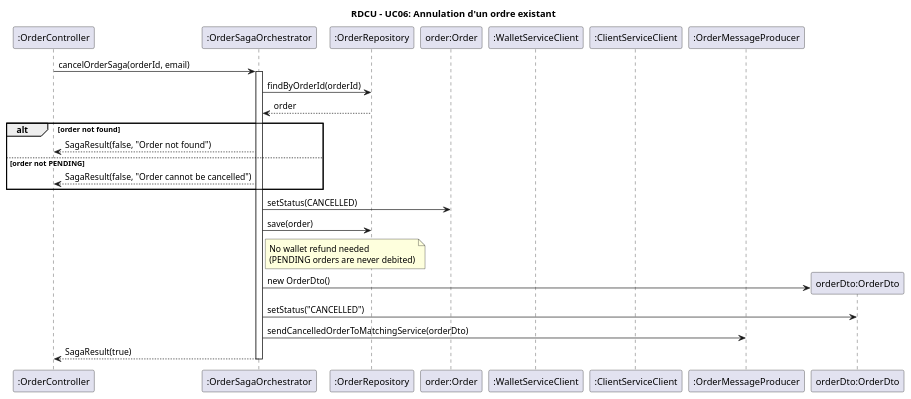
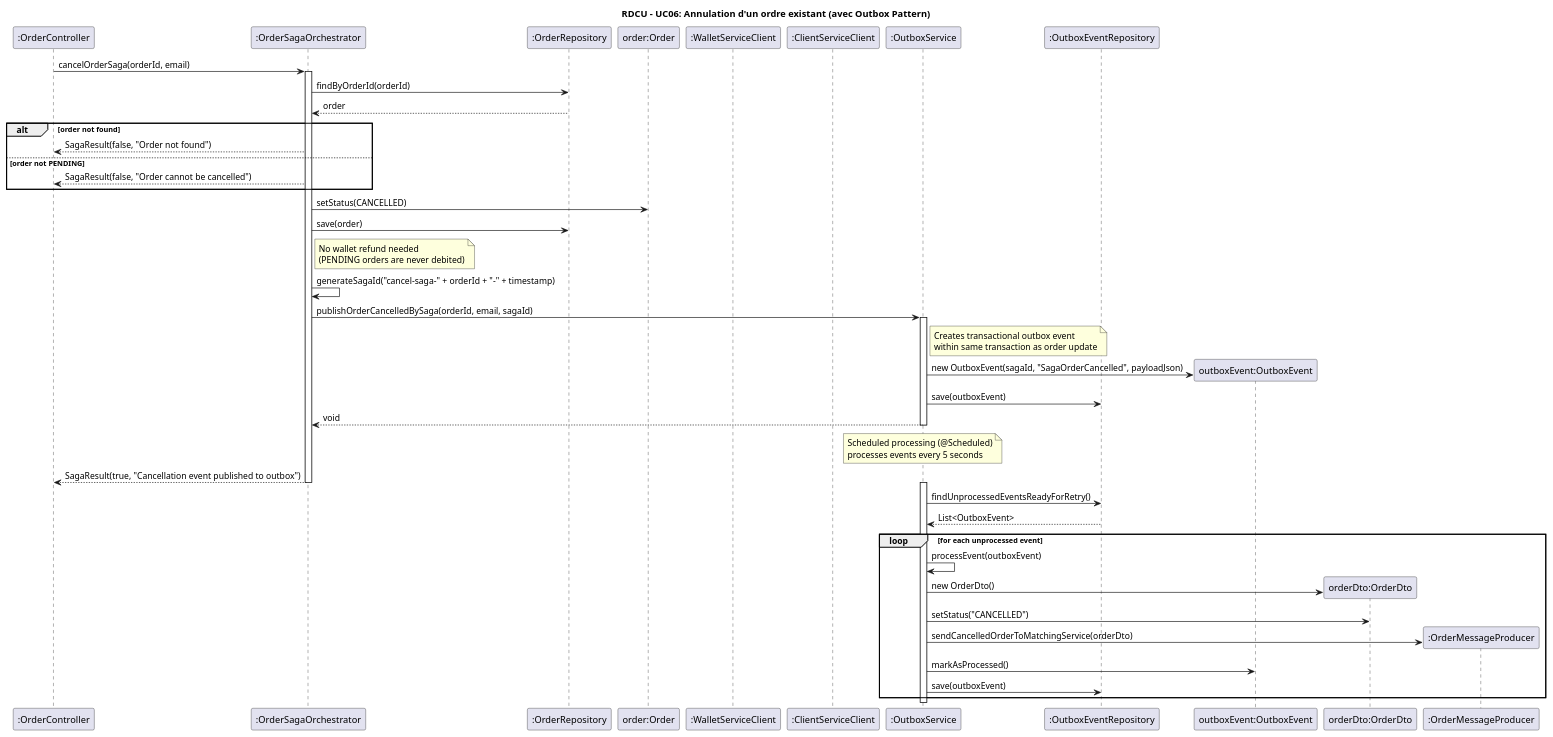
One commit to primika27/BrokerX-phase2-micorservices- changed the diagram in docs/views/rdcu_uc06-2.puml. Above: the diagram before and after it, drawn with PlantUML. The commit also changed 6 other files, not shown here.

```diff
--- a/docs/views/rdcu_uc06-2.puml
+++ b/docs/views/rdcu_uc06-2.puml
@@ -1,44 +1,75 @@
 @startuml rdcu_uc06_cancel
-title RDCU - UC06: Annulation d'un ordre existant
+title RDCU - UC06: Annulation d'un ordre existant (avec Outbox Pattern)
 
 participant ":OrderController" as Controller
 participant ":OrderSagaOrchestrator" as Saga
 participant ":OrderRepository" as OrderRepo
 participant "order:Order" as Order
 participant ":WalletServiceClient" as WalletClient
 participant ":ClientServiceClient" as ClientClient
-participant ":OrderMessageProducer" as Producer
+participant ":OutboxService" as OutboxService
+participant ":OutboxEventRepository" as OutboxRepo
 
 Controller -> Saga : cancelOrderSaga(orderId, email)
 activate Saga
 
 Saga -> OrderRepo : findByOrderId(orderId)
 OrderRepo --> Saga : order
 
 alt order not found
     Saga --> Controller : SagaResult(false, "Order not found")
 else order not PENDING
     Saga --> Controller : SagaResult(false, "Order cannot be cancelled")
 end
 
 Saga -> Order : setStatus(CANCELLED)
 Saga -> OrderRepo : save(order)
 
-' CORRECTION 1 : Utilisation de la syntaxe note / end note pour le multi-lignes
 note right of Saga 
   No wallet refund needed
   (PENDING orders are never debited)
 end note
 
-' CORRECTION 2 : Suppression du mot clé "participant" après create
-create "orderDto:OrderDto" as OrderDto
-Saga -> OrderDto : new OrderDto()
-Saga -> OrderDto : setStatus("CANCELLED")
+' Outbox Pattern Integration
+Saga -> Saga : generateSagaId("cancel-saga-" + orderId + "-" + timestamp)
+Saga -> OutboxService : publishOrderCancelledBySaga(orderId, email, sagaId)
+activate OutboxService
 
-Saga -> Producer : sendCancelledOrderToMatchingService(orderDto)
+note right of OutboxService : Creates transactional outbox event\nwithin same transaction as order update
 
-Saga --> Controller : SagaResult(true)
+create participant "outboxEvent:OutboxEvent" as OutboxEvent
+OutboxService -> OutboxEvent : new OutboxEvent(sagaId, "SagaOrderCancelled", payloadJson)
+OutboxService -> OutboxRepo : save(outboxEvent)
+OutboxService --> Saga : void
+deactivate OutboxService
+
+note over OutboxService
+    Scheduled processing (@Scheduled)
+    processes events every 5 seconds
+end note
+
+Saga --> Controller : SagaResult(true, "Cancellation event published to outbox")
 deactivate Saga
 
-' CORRECTION 3 : Une seule fin
+' Asynchronous outbox processing (separate thread)
+activate OutboxService
+OutboxService -> OutboxRepo : findUnprocessedEventsReadyForRetry()
+OutboxRepo --> OutboxService : List<OutboxEvent>
+
+loop for each unprocessed event
+    OutboxService -> OutboxService : processEvent(outboxEvent)
+    
+    create participant "orderDto:OrderDto" as OrderDto
+    OutboxService -> OrderDto : new OrderDto()
+    OutboxService -> OrderDto : setStatus("CANCELLED")
+    
+    create participant ":OrderMessageProducer" as Producer
+    OutboxService -> Producer : sendCancelledOrderToMatchingService(orderDto)
+    
+    OutboxService -> OutboxEvent : markAsProcessed()
+    OutboxService -> OutboxRepo : save(outboxEvent)
+end
+
+deactivate OutboxService
+
 @enduml
```
